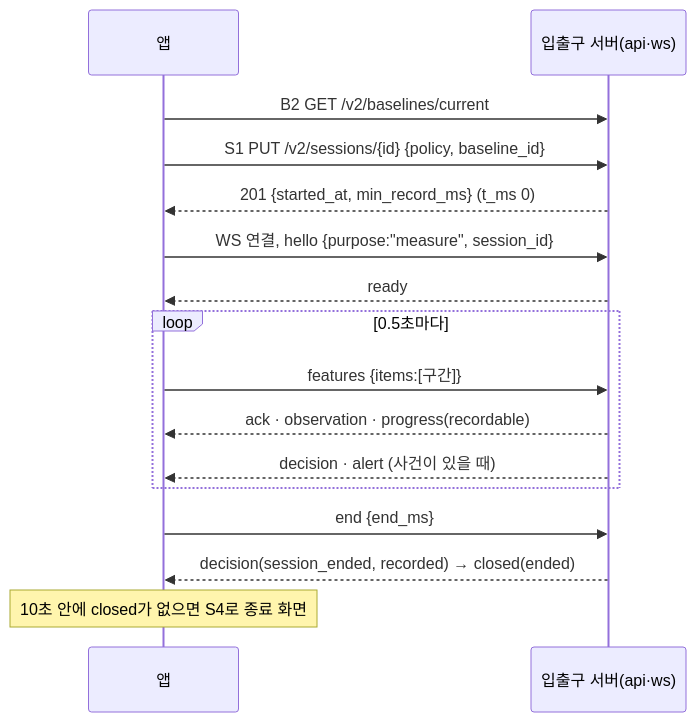
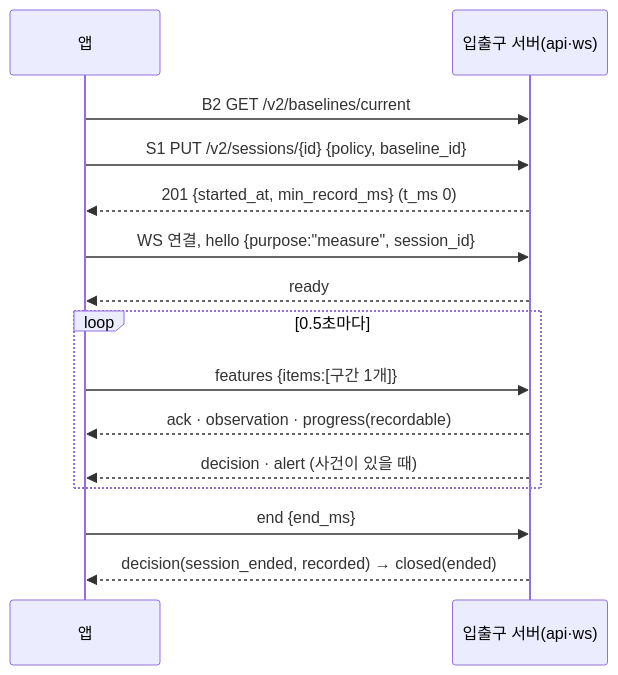
Before and after one commit to Jeon-Seho/sitting-posture-corrector: the first of 2 diagrams in docs/design/api-ws-spec.md, drawn with Mermaid. The commit also changed other lines of this file, not shown here.

````diff
--- a/docs/design/api-ws-spec.md
+++ b/docs/design/api-ws-spec.md
@@ -210,18 +244,17 @@
 ```mermaid
 sequenceDiagram
   participant A as 앱
   participant S as 입출구 서버(api·ws)
   A->>S: B2 GET /v2/baselines/current
   A->>S: S1 PUT /v2/sessions/{id} {policy, baseline_id}
   S-->>A: 201 {started_at, min_record_ms} (t_ms 0)
   A->>S: WS 연결, hello {purpose:"measure", session_id}
   S-->>A: ready
   loop 0.5초마다
-    A->>S: features {items:[구간]}
+    A->>S: features {items:[구간 1개]}
     S-->>A: ack · observation · progress(recordable)
     S-->>A: decision · alert (사건이 있을 때)
   end
   A->>S: end {end_ms}
   S-->>A: decision(session_ended, recorded) → closed(ended)
-  Note over A: 10초 안에 closed가 없으면 S4로 종료 화면
 ```
````
